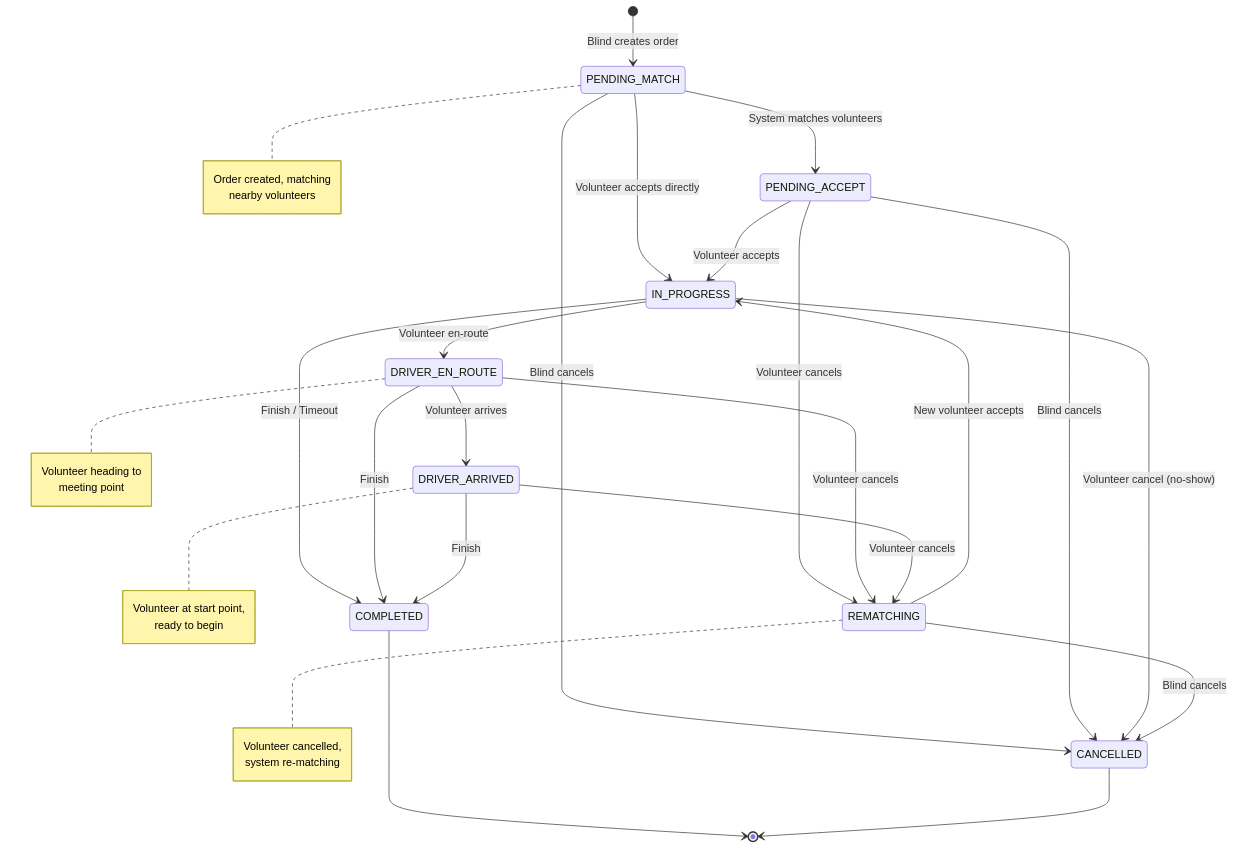
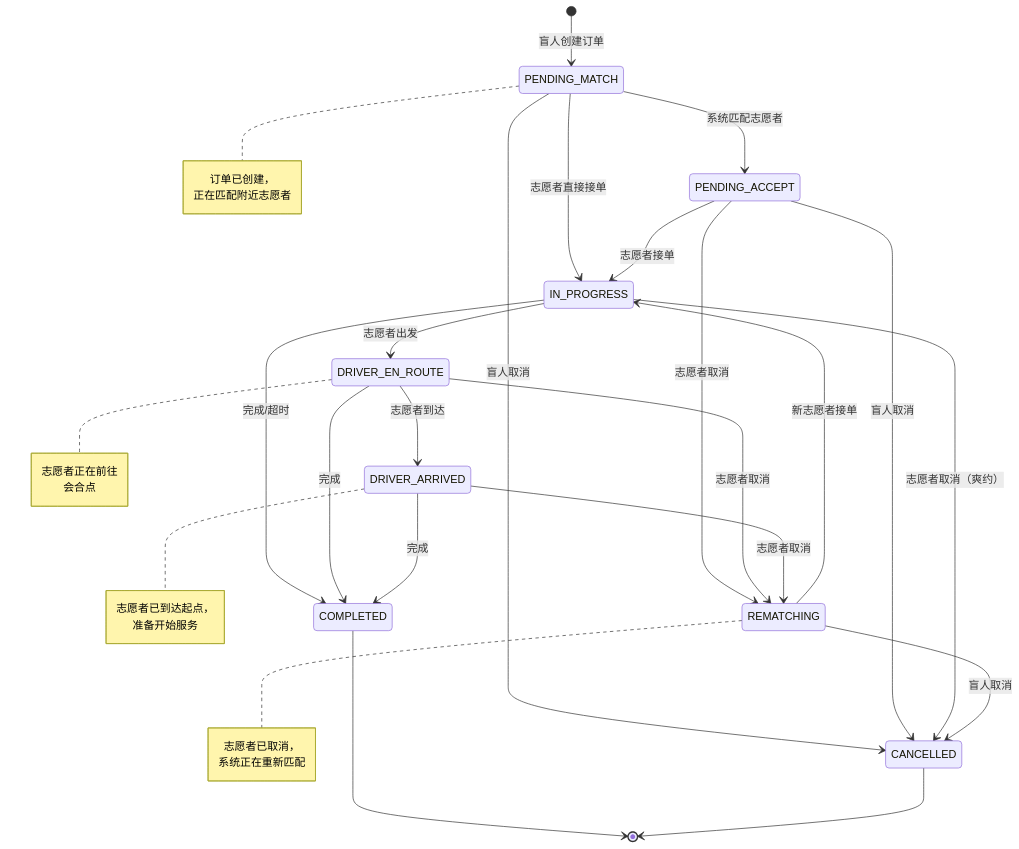
One commit to Jayden23018/blind-run-backend changed the second of 10 diagrams in docs/DIAGRAMS.md. Above: the diagram before and after it, drawn with Mermaid. The commit also changed other lines of this file and 122 other files, not shown here.

````diff
--- a/docs/DIAGRAMS.md
+++ b/docs/DIAGRAMS.md
@@ -155,49 +155,49 @@
 ```mermaid
 stateDiagram-v2
-    [*] --> PENDING_MATCH: Blind creates order
+    [*] --> PENDING_MATCH: 盲人创建订单
 
-    PENDING_MATCH --> PENDING_ACCEPT: System matches volunteers
-    PENDING_MATCH --> IN_PROGRESS: Volunteer accepts directly
-    PENDING_MATCH --> CANCELLED: Blind cancels
+    PENDING_MATCH --> PENDING_ACCEPT: 系统匹配志愿者
+    PENDING_MATCH --> IN_PROGRESS: 志愿者直接接单
+    PENDING_MATCH --> CANCELLED: 盲人取消
 
-    PENDING_ACCEPT --> IN_PROGRESS: Volunteer accepts
-    PENDING_ACCEPT --> CANCELLED: Blind cancels
-    PENDING_ACCEPT --> REMATCHING: Volunteer cancels
+    PENDING_ACCEPT --> IN_PROGRESS: 志愿者接单
+    PENDING_ACCEPT --> CANCELLED: 盲人取消
+    PENDING_ACCEPT --> REMATCHING: 志愿者取消
 
-    IN_PROGRESS --> DRIVER_EN_ROUTE: Volunteer en-route
-    IN_PROGRESS --> COMPLETED: Finish / Timeout
-    IN_PROGRESS --> CANCELLED: Volunteer cancel (no-show)
+    IN_PROGRESS --> DRIVER_EN_ROUTE: 志愿者出发
+    IN_PROGRESS --> COMPLETED: 完成/超时
+    IN_PROGRESS --> CANCELLED: 志愿者取消（爽约）
 
-    DRIVER_EN_ROUTE --> DRIVER_ARRIVED: Volunteer arrives
-    DRIVER_EN_ROUTE --> COMPLETED: Finish
-    DRIVER_EN_ROUTE --> REMATCHING: Volunteer cancels
+    DRIVER_EN_ROUTE --> DRIVER_ARRIVED: 志愿者到达
+    DRIVER_EN_ROUTE --> COMPLETED: 完成
+    DRIVER_EN_ROUTE --> REMATCHING: 志愿者取消
 
-    DRIVER_ARRIVED --> COMPLETED: Finish
-    DRIVER_ARRIVED --> REMATCHING: Volunteer cancels
+    DRIVER_ARRIVED --> COMPLETED: 完成
+    DRIVER_ARRIVED --> REMATCHING: 志愿者取消
 
-    REMATCHING --> IN_PROGRESS: New volunteer accepts
-    REMATCHING --> CANCELLED: Blind cancels
+    REMATCHING --> IN_PROGRESS: 新志愿者接单
+    REMATCHING --> CANCELLED: 盲人取消
 
     COMPLETED --> [*]
     CANCELLED --> [*]
 
     note right of PENDING_MATCH
-        Order created, matching
-        nearby volunteers
+        订单已创建，
+        正在匹配附近志愿者
     end note
 
     note right of REMATCHING
-        Volunteer cancelled,
-        system re-matching
+        志愿者已取消，
+        系统正在重新匹配
     end note
 
     note right of DRIVER_EN_ROUTE
-        Volunteer heading to
-        meeting point
+        志愿者正在前往
+        会合点
     end note
 
     note right of DRIVER_ARRIVED
-        Volunteer at start point,
-        ready to begin
+        志愿者已到达起点，
+        准备开始服务
     end note
 ```
````
